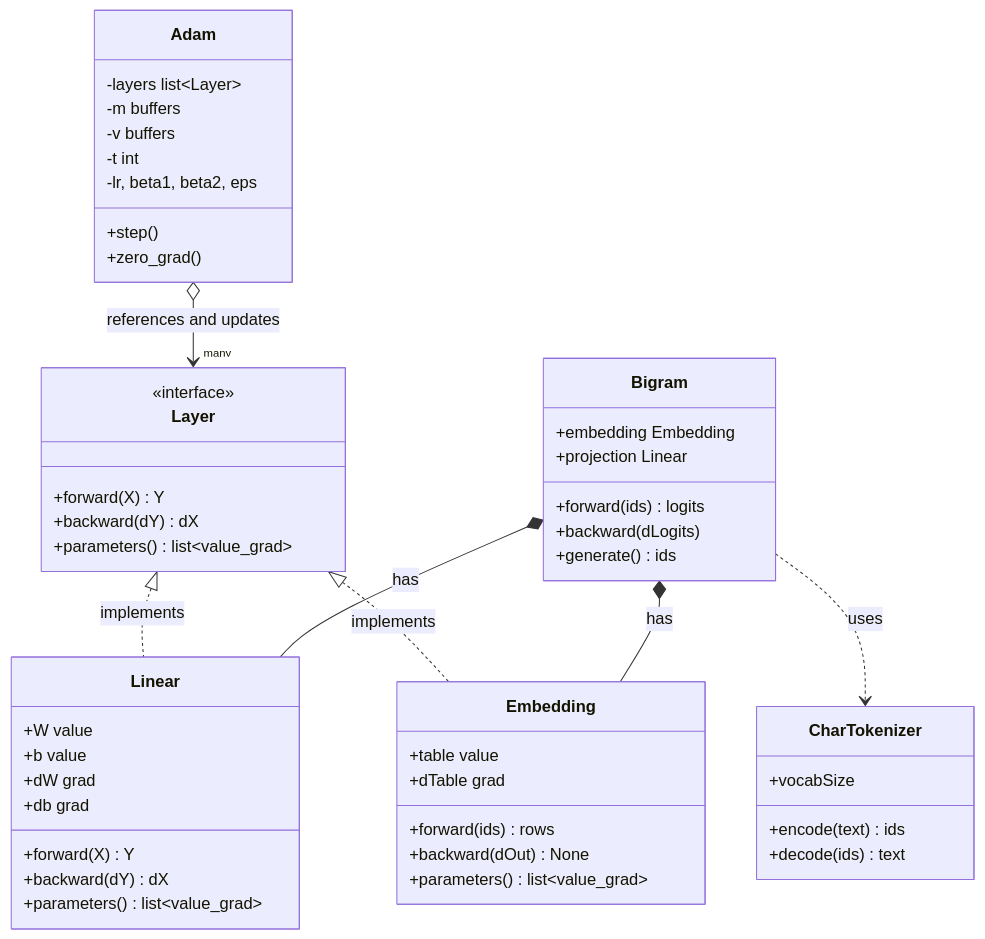
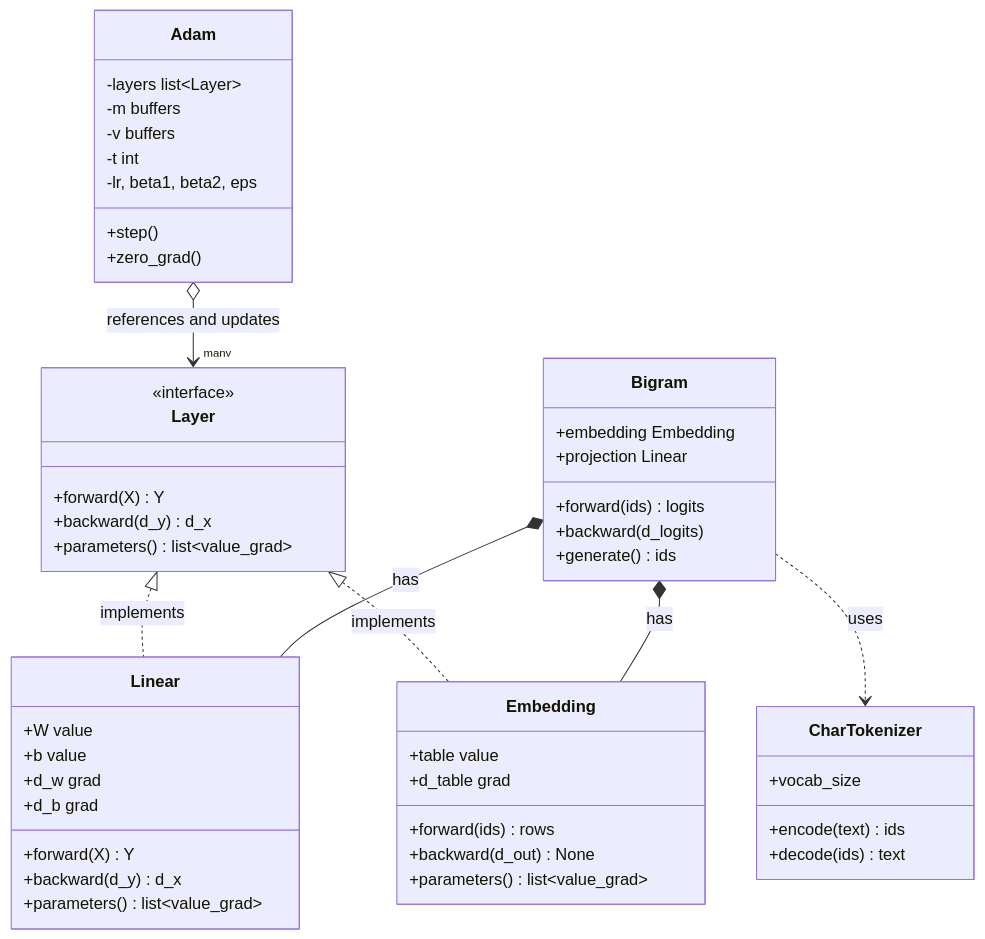
Before and after one commit to MustafaNatur/ML-coding-assignment: the second of 3 diagrams in IMPLEMENTATION.md, drawn with Mermaid. The commit also changed other lines of this file and 1 other file, not shown here.

````diff
--- a/IMPLEMENTATION.md
+++ b/IMPLEMENTATION.md
@@ -187,52 +187,52 @@
 ```mermaid
 classDiagram
     class Layer {
         <<interface>>
         +forward(X) Y
-        +backward(dY) dX
+        +backward(d_y) d_x
         +parameters() list~value_grad~
     }
     class Linear {
         +W  value
         +b  value
-        +dW grad
-        +db grad
+        +d_w grad
+        +d_b grad
         +forward(X) Y
-        +backward(dY) dX
+        +backward(d_y) d_x
         +parameters() list~value_grad~
     }
     class Embedding {
         +table value
-        +dTable grad
+        +d_table grad
         +forward(ids) rows
-        +backward(dOut) None
+        +backward(d_out) None
         +parameters() list~value_grad~
     }
     class Adam {
         -layers list~Layer~
         -m buffers
         -v buffers
         -t int
         -lr, beta1, beta2, eps
         +step()
         +zero_grad()
     }
     class CharTokenizer {
-        +vocabSize
+        +vocab_size
         +encode(text) ids
         +decode(ids) text
     }
     class Bigram {
         +embedding Embedding
         +projection Linear
         +forward(ids) logits
-        +backward(dLogits)
+        +backward(d_logits)
         +generate() ids
     }
     Layer <|.. Linear : implements
     Layer <|.. Embedding : implements
     Adam o--> "many" Layer : references and updates
     Bigram *-- Embedding : has
     Bigram *-- Linear : has
     Bigram ..> CharTokenizer : uses
 ```
````
